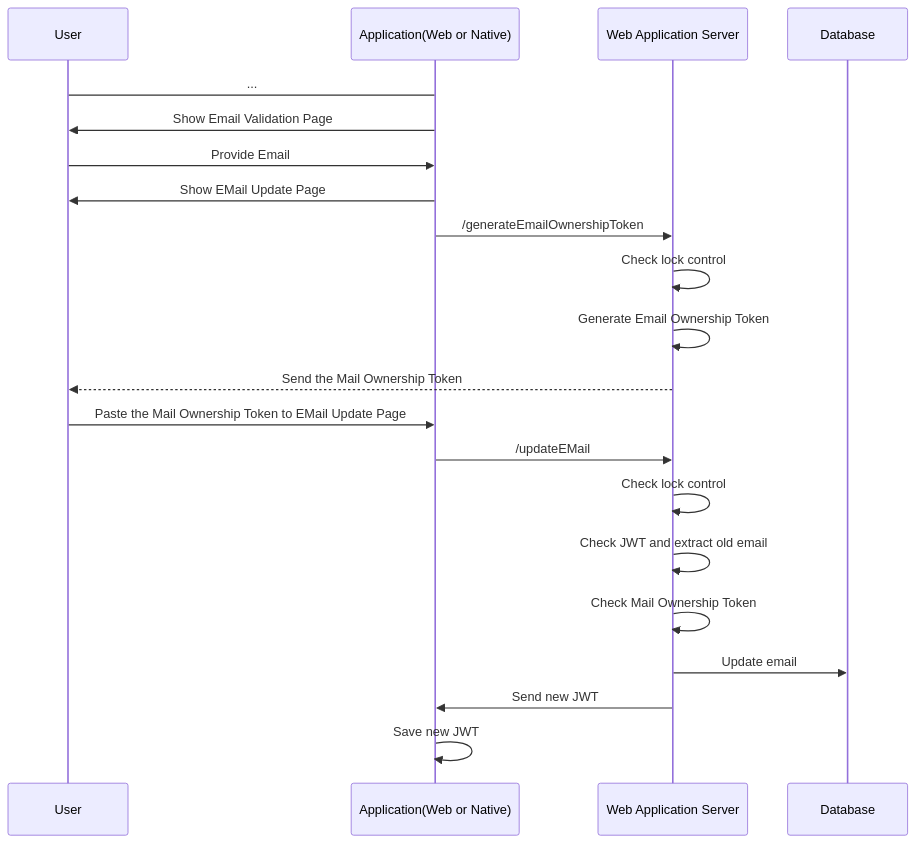
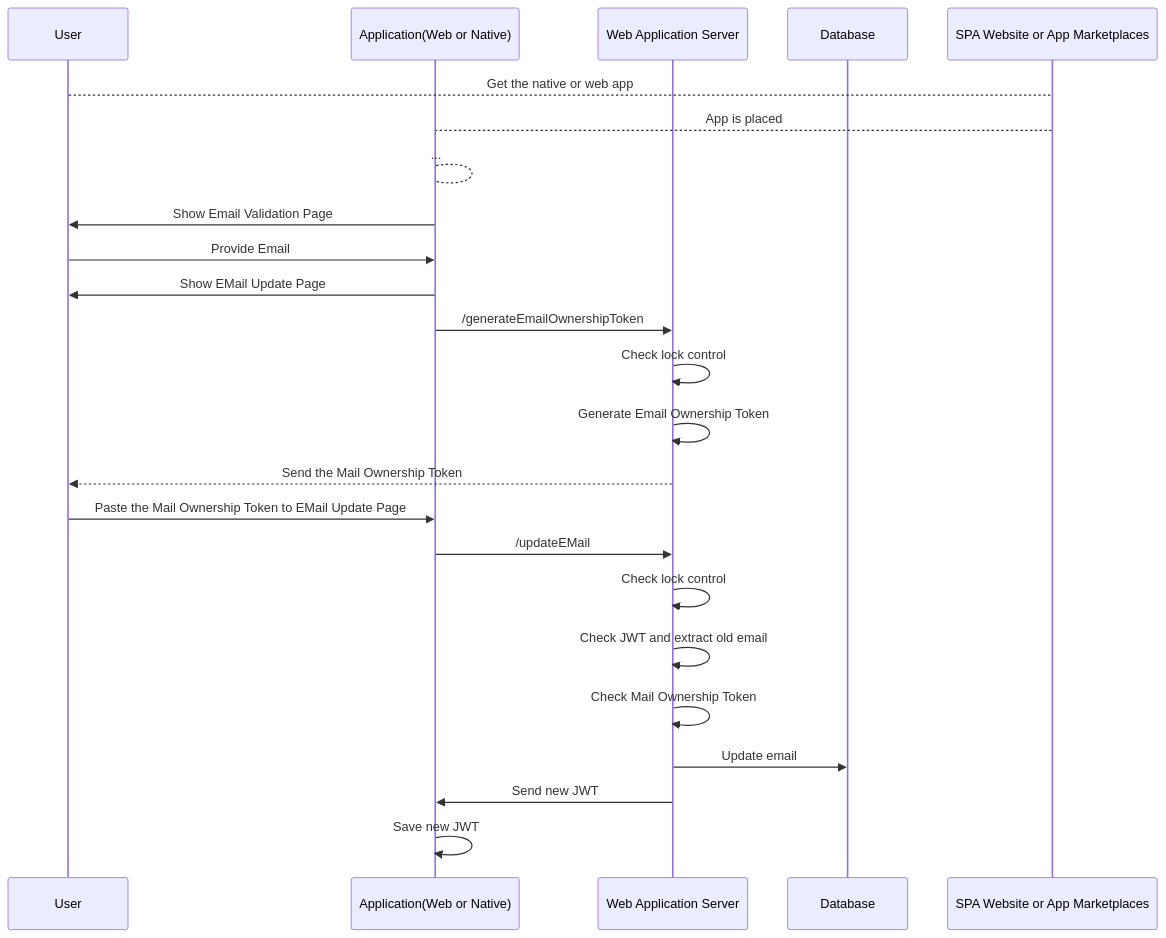
The diagram in Sequence_Diagrams/UpdateEmail.mmd (MehmetKaplan/react-spa-jwt-authentication-boilerplate), drawn with Mermaid before and after one commit. The commit also changed 14 other files, not shown here.

Commit message:
Appstore and SPA are shown more properly in sequence diagrams.

```diff
--- a/Sequence_Diagrams/UpdateEmail.mmd
+++ b/Sequence_Diagrams/UpdateEmail.mmd
@@ -1,21 +1,24 @@
 sequenceDiagram
 	Participant User
 	Participant Application(Web or Native)
 	Participant Web Application Server
 	Participant Database
-	User -> Application(Web or Native): ...
+	Participant SPA Website or App Marketplaces
+	User --> SPA Website or App Marketplaces: Get the native or web app
+	SPA Website or App Marketplaces --> Application(Web or Native): App is placed
+	Application(Web or Native) --> Application(Web or Native): ...
 	Application(Web or Native) ->> User: Show Email Validation Page
 	User ->> Application(Web or Native): Provide Email
 	Application(Web or Native) ->> User: Show EMail Update Page
 	Application(Web or Native) ->> Web Application Server: /generateEmailOwnershipToken
 	Web Application Server ->> Web Application Server: Check lock control
 	Web Application Server ->> Web Application Server: Generate Email Ownership Token
 	Web Application Server -->> User: Send the Mail Ownership Token
 	User ->> Application(Web or Native): Paste the Mail Ownership Token to EMail Update Page
 	Application(Web or Native) ->> Web Application Server: /updateEMail
 	Web Application Server ->> Web Application Server: Check lock control
 	Web Application Server ->> Web Application Server: Check JWT and extract old email
 	Web Application Server ->> Web Application Server: Check Mail Ownership Token
 	Web Application Server ->> Database: Update email
 	Web Application Server ->> Application(Web or Native): Send new JWT
 	Application(Web or Native) ->> Application(Web or Native): Save new JWT
```
